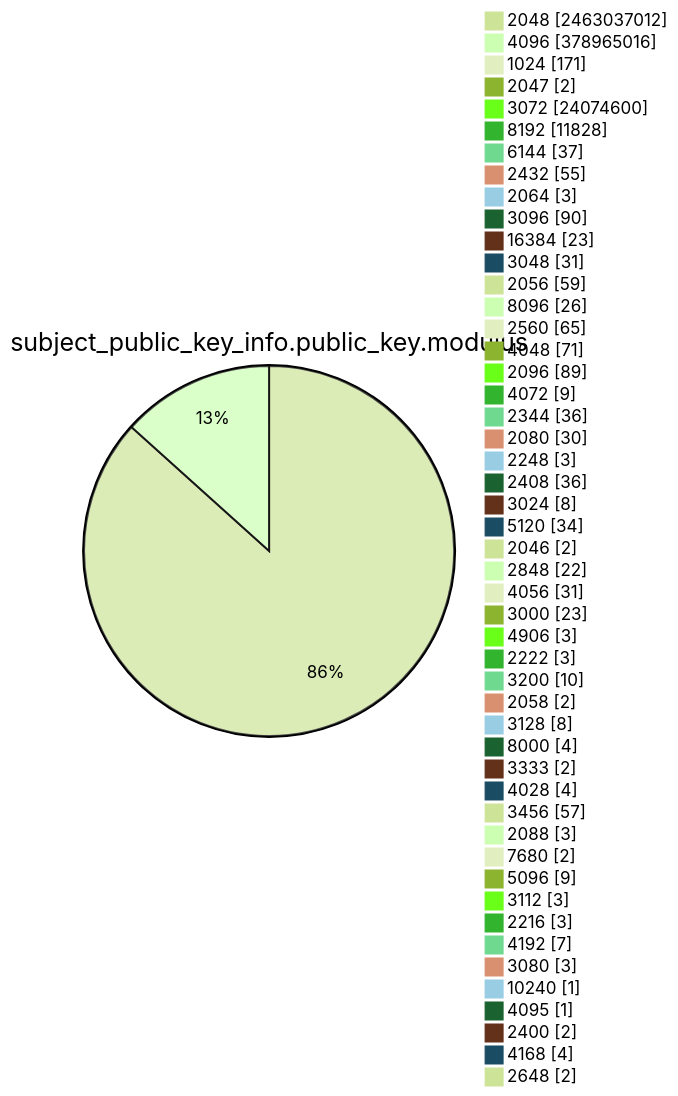
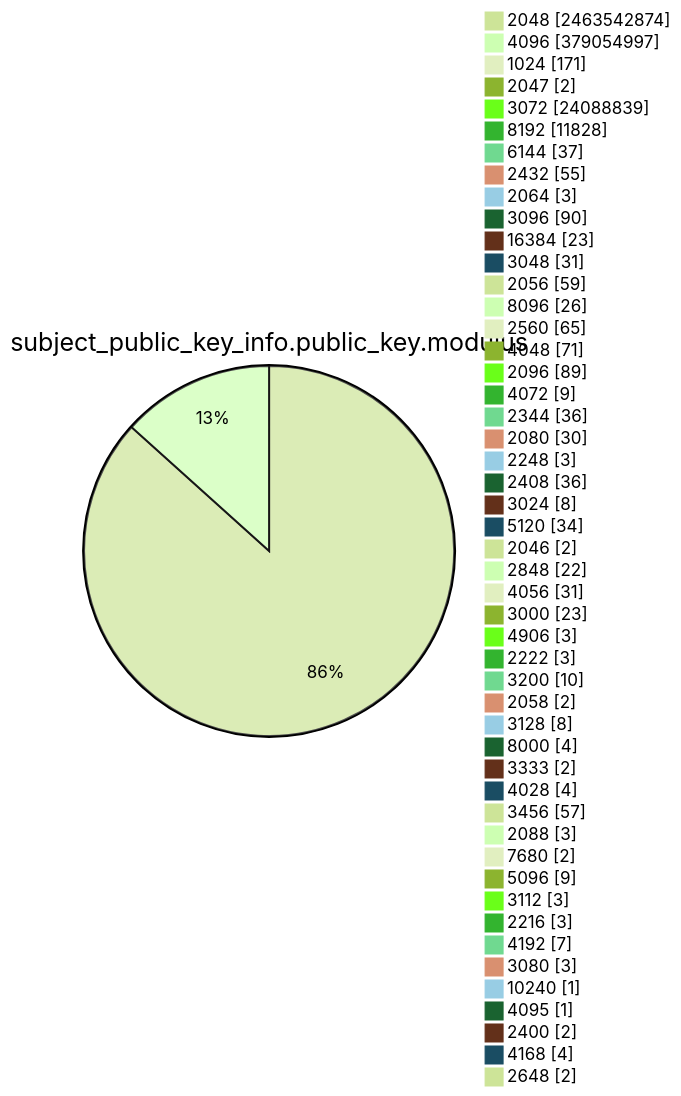
Diagram 13 of 15 in TOTAL/README.md (christiankrug/ctmonitor_visualization), drawn with Mermaid (forest theme) before and after one commit. The commit also changed other lines of this file, not shown here.

````diff
--- a/TOTAL/README.md
+++ b/TOTAL/README.md
@@ -4168,53 +4168,53 @@
 ```mermaid
 pie showData
 title subject_public_key_info.public_key.modulus
-"2048" :2463037012
-"4096" :378965016
+"2048" :2463542874
+"4096" :379054997
 "1024" :171
 "2047" :2
-"3072" :24074600
+"3072" :24088839
 "8192" :11828
 "6144" :37
 "2432" :55
 "2064" :3
 "3096" :90
 "16384" :23
 "3048" :31
 "2056" :59
 "8096" :26
 "2560" :65
 "4048" :71
 "2096" :89
 "4072" :9
 "2344" :36
 "2080" :30
 "2248" :3
 "2408" :36
 "3024" :8
 "5120" :34
 "2046" :2
 "2848" :22
 "4056" :31
 "3000" :23
 "4906" :3
 "2222" :3
 "3200" :10
 "2058" :2
 "3128" :8
 "8000" :4
 "3333" :2
 "4028" :4
 "3456" :57
 "2088" :3
 "7680" :2
 "5096" :9
 "3112" :3
 "2216" :3
 "4192" :7
 "3080" :3
 "10240" :1
 "4095" :1
 "2400" :2
 "4168" :4
 "2648" :2
 ```
````
